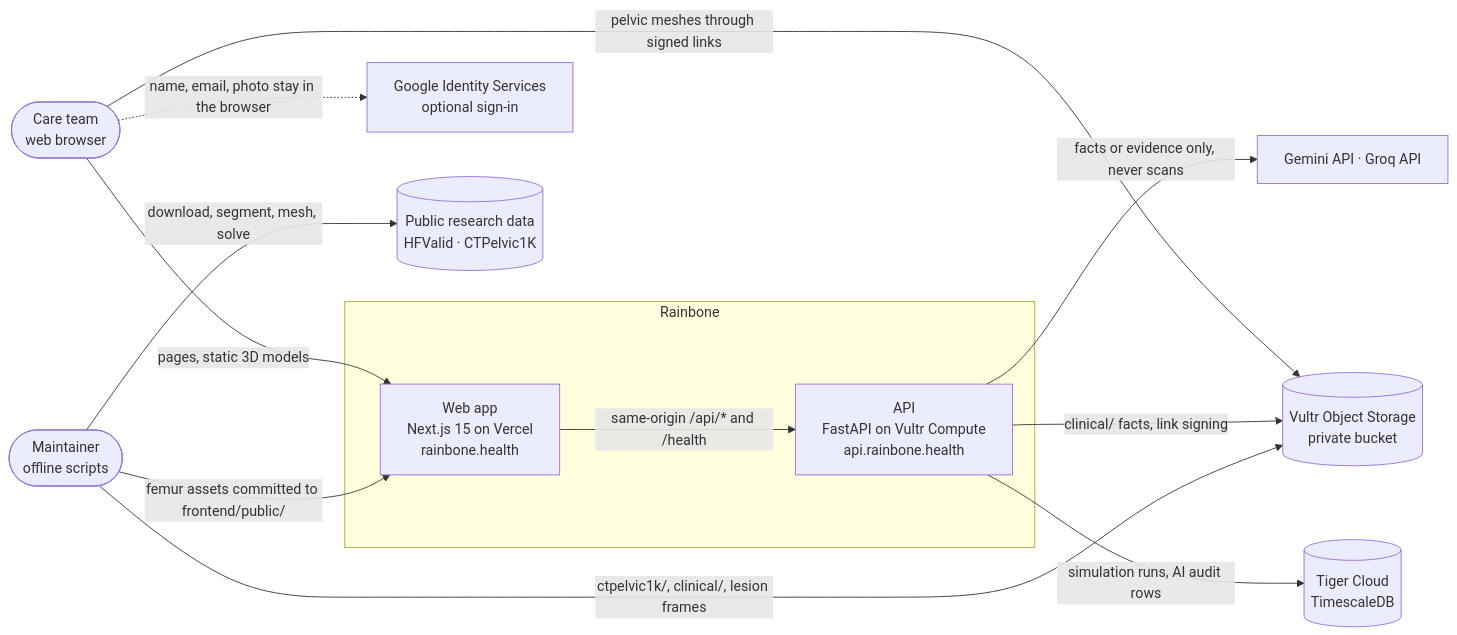
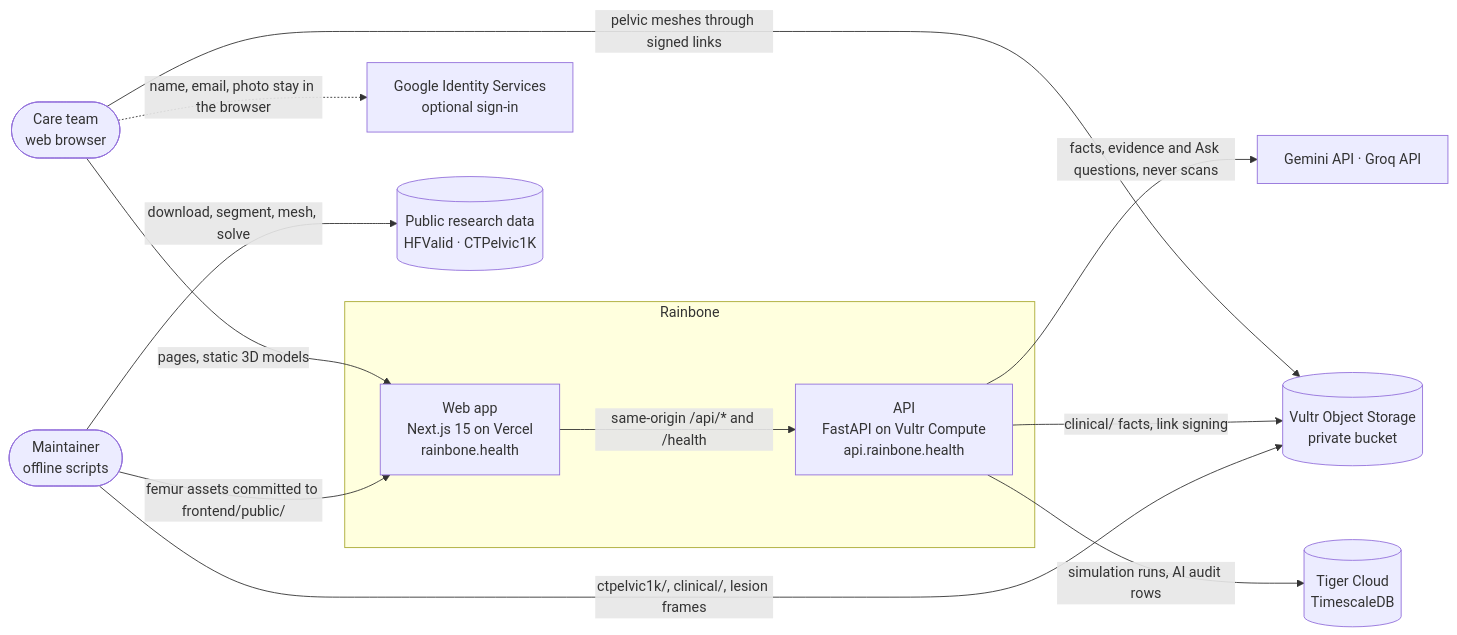
The first of 9 diagrams in ARCHITECTURE.md (galitau/Rainbone_prod_hackthevalley11), drawn with Mermaid before and after one commit. The commit also changed other lines of this file and 1 other file, not shown here.

First line of the commit message:
docs: correct ARCHITECTURE.md and BUSINESS_PROCESS_FLOW.md against the code

````diff
--- a/ARCHITECTURE.md
+++ b/ARCHITECTURE.md
@@ -23,27 +23,27 @@
 ```mermaid
 flowchart LR
   user(["Care team<br/>web browser"])
   maint(["Maintainer<br/>offline scripts"])
 
   subgraph RB["Rainbone"]
     web["Web app<br/>Next.js 15 on Vercel<br/>rainbone.health"]
     api["API<br/>FastAPI on Vultr Compute<br/>api.rainbone.health"]
   end
 
   gis["Google Identity Services<br/>optional sign-in"]
   llm["Gemini API · Groq API"]
   vos[("Vultr Object Storage<br/>private bucket")]
   tiger[("Tiger Cloud<br/>TimescaleDB")]
   data[("Public research data<br/>HFValid · CTPelvic1K")]
 
   user -->|"pages, static 3D models"| web
   web -->|"same-origin /api/* and /health"| api
   user -.->|"name, email, photo stay in the browser"| gis
   user -->|"pelvic meshes through signed links"| vos
-  api -->|"facts or evidence only, never scans"| llm
+  api -->|"facts, evidence and Ask questions, never scans"| llm
   api -->|"clinical/ facts, link signing"| vos
   api -->|"simulation runs, AI audit rows"| tiger
   maint -->|"download, segment, mesh, solve"| data
   maint -->|"ctpelvic1k/, clinical/, lesion frames"| vos
   maint -->|"femur assets committed to frontend/public/"| web
 ```
````
